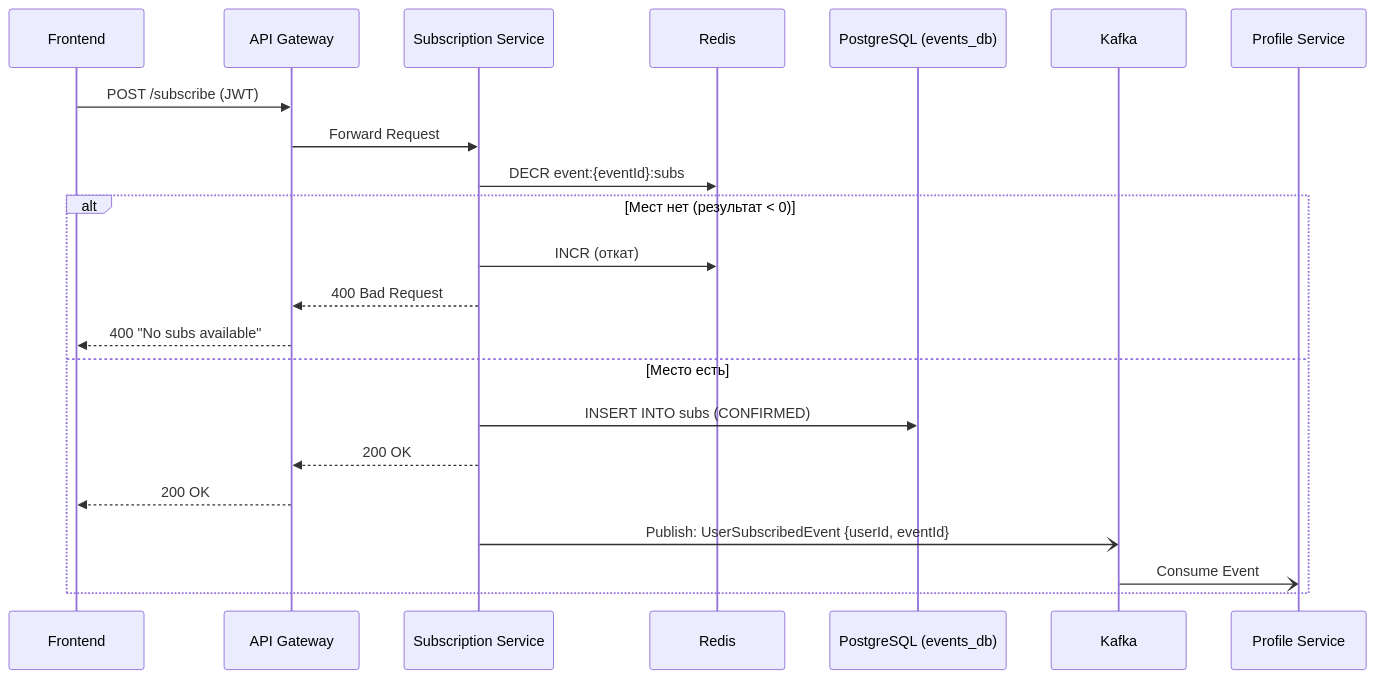
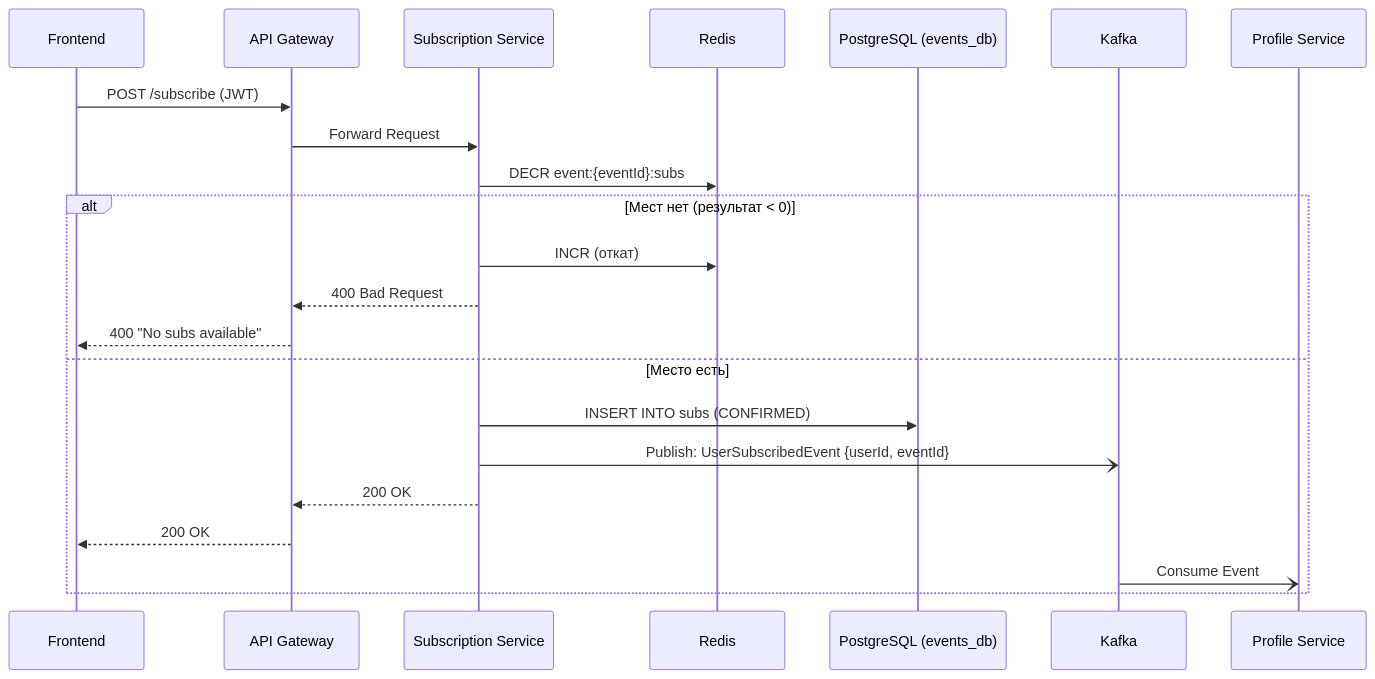
One commit to NewRecon/sport-point-api changed the fourth of 6 diagrams in README.md. Above: the diagram before and after it, drawn with Mermaid. The commit also changed other lines of this file and 25 other files, not shown here.

````diff
--- a/README.md
+++ b/README.md
@@ -201,25 +206,25 @@
 ```mermaid
 sequenceDiagram
     participant C as Frontend
     participant GW as API Gateway
     participant SS as Subscription Service
     participant R as Redis
     participant DB as PostgreSQL (events_db)
     participant K as Kafka
     participant PS as Profile Service
 
     C->>GW: POST /subscribe (JWT)
     GW->>SS: Forward Request
     SS->>R: DECR event:{eventId}:subs
     alt Мест нет (результат < 0)
         SS->>R: INCR (откат)
         SS-->>GW: 400 Bad Request
         GW-->>C: 400 "No subs available"
     else Место есть
         SS->>DB: INSERT INTO subs (CONFIRMED)
+        SS-)K: Publish: UserSubscribedEvent {userId, eventId}
         SS-->>GW: 200 OK
         GW-->>C: 200 OK
-        SS-)K: Publish: UserSubscribedEvent {userId, eventId}
         K-)PS: Consume Event
     end
 ```
````
